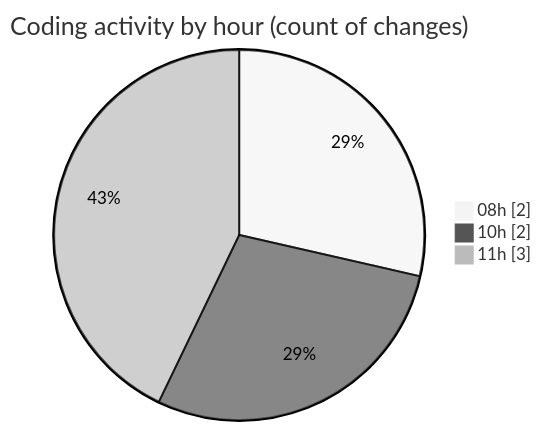
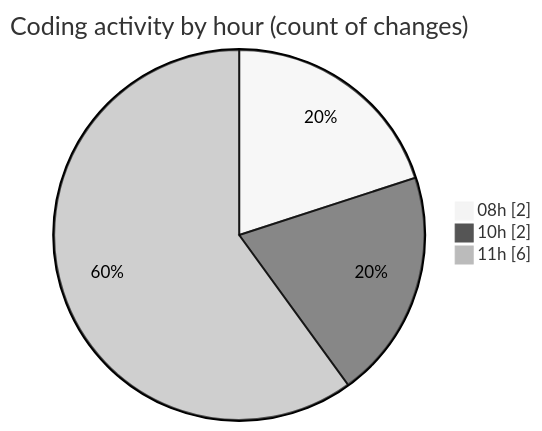
The second of 2 diagrams in 2026-03-17/cilapp/README.md (ricardozamudiocil/code-tracking), drawn with Mermaid (neutral theme) before and after one commit. The commit also changed other lines of this file and 1 other file, not shown here.

````diff
--- a/2026-03-17/cilapp/README.md
+++ b/2026-03-17/cilapp/README.md
@@ -33,7 +33,7 @@
 ```mermaid
 pie showData
 title Coding activity by hour (count of changes)
 "08h" : 2
 "10h" : 2
-"11h" : 3
+"11h" : 6
 ```
````
